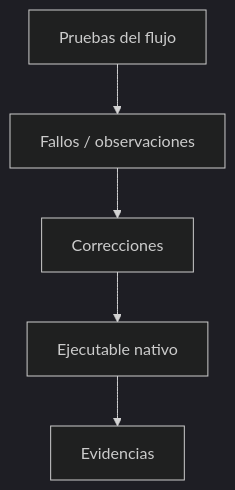
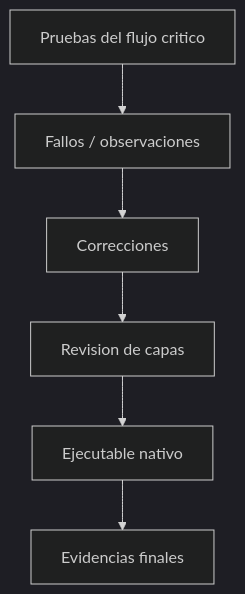
Before and after one commit to 262poo/comarket: the diagram in docs/S14_Proyecto_Integrador_Refinamiento.md, drawn with Mermaid (dark theme). The commit also changed other lines of this file and 17 other files, not shown here.

````diff
--- a/docs/S14_Proyecto_Integrador_Refinamiento.md
+++ b/docs/S14_Proyecto_Integrador_Refinamiento.md
@@ -50,13 +59,15 @@
 ```mermaid
 flowchart TB
-    Pruebas["Pruebas del flujo"]
+    Pruebas["Pruebas del flujo critico"]
     Fallos["Fallos / observaciones"]
     Correccion["Correcciones"]
+    Revision["Revision de capas"]
     Ejecutable["Ejecutable nativo"]
-    Evidencias["Evidencias"]
+    Evidencias["Evidencias finales"]
 
     Pruebas --> Fallos
     Fallos --> Correccion
-    Correccion --> Ejecutable
+    Correccion --> Revision
+    Revision --> Ejecutable
     Ejecutable --> Evidencias
 ```
````
